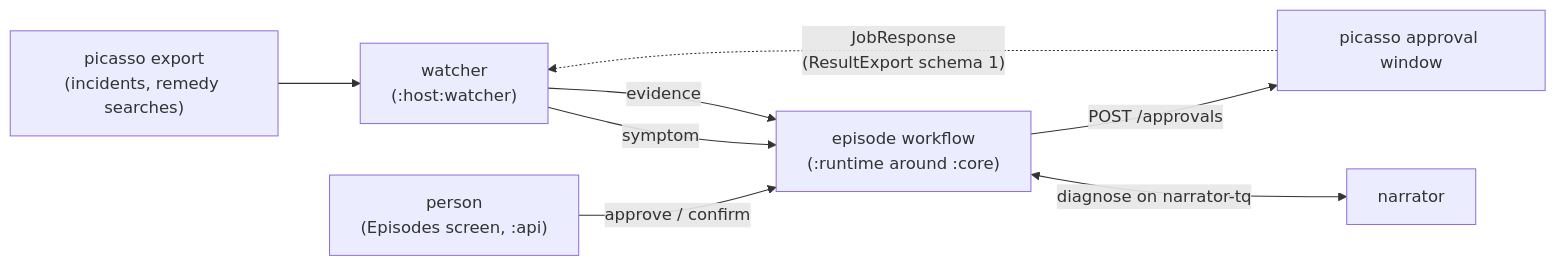
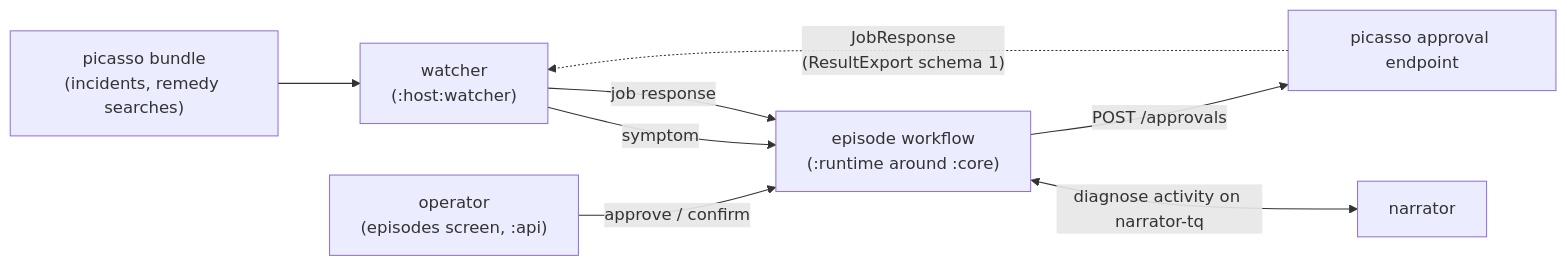
Before and after one commit to LivingLikeKrillin/koshchei: the diagram in README.md, drawn with Mermaid.

Commit message:
docs: align flowchart labels with shared terminology dictionary
The previous commit moved README prose to the shared terminology but
left the Mermaid flowchart under "How it works" using the old words.
Update labels to operator, picasso bundle, picasso approval endpoint,
diagnose activity on narrator-tq, and job response.

````diff
--- a/README.md
+++ b/README.md
@@ -20,10 +20,10 @@
 ```mermaid
 flowchart LR
-  PX["picasso export<br/>(incidents, remedy searches)"] --> W["watcher<br/>(:host:watcher)"]
+  PX["picasso bundle<br/>(incidents, remedy searches)"] --> W["watcher<br/>(:host:watcher)"]
   W -->|symptom| EP["episode workflow<br/>(:runtime around :core)"]
-  EP <-->|"diagnose on narrator-tq"| N["narrator"]
-  H["person<br/>(Episodes screen, :api)"] -->|"approve / confirm"| EP
-  EP -->|"POST /approvals"| PW["picasso approval window"]
+  EP <-->|"diagnose activity on narrator-tq"| N["narrator"]
+  H["operator<br/>(episodes screen, :api)"] -->|"approve / confirm"| EP
+  EP -->|"POST /approvals"| PW["picasso approval endpoint"]
   PW -.->|"JobResponse<br/>(ResultExport schema 1)"| W
-  W -->|evidence| EP
+  W -->|job response| EP
 ```
````
